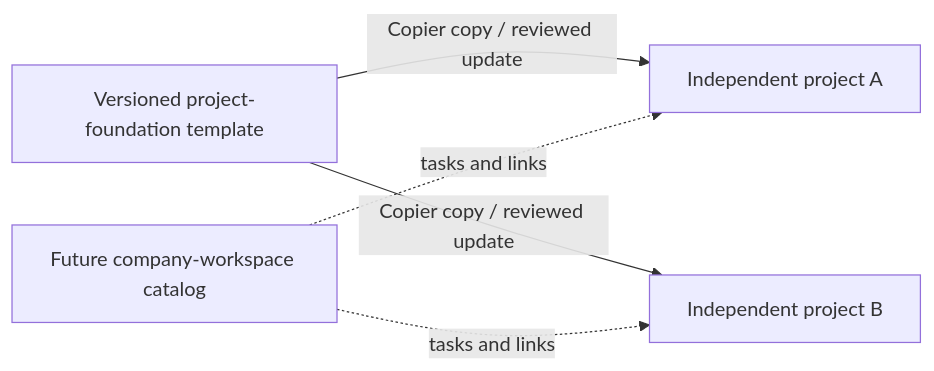
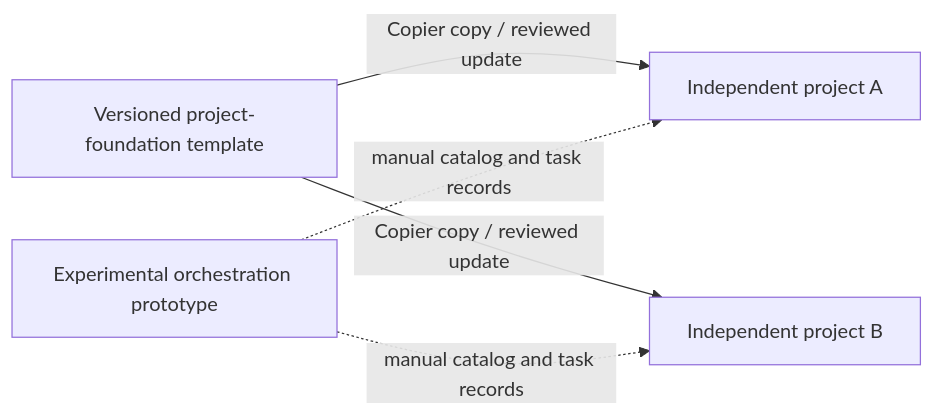
The diagram in README.md (zouvier/project-foundation), drawn with Mermaid before and after one commit. The commit also changed other lines of this file and 46 other files, not shown here.

Commit message:
Preserve orchestration prototype and document Orca handoff

````diff
--- a/README.md
+++ b/README.md
@@ -7,7 +7,7 @@
 ```mermaid
 flowchart LR
   T[Versioned project-foundation template] -->|Copier copy / reviewed update| A[Independent project A]
   T -->|Copier copy / reviewed update| B[Independent project B]
-  C[Future company-workspace catalog] -. tasks and links .-> A
-  C -. tasks and links .-> B
+  C[Experimental orchestration prototype] -. manual catalog and task records .-> A
+  C -. manual catalog and task records .-> B
 ```
````
